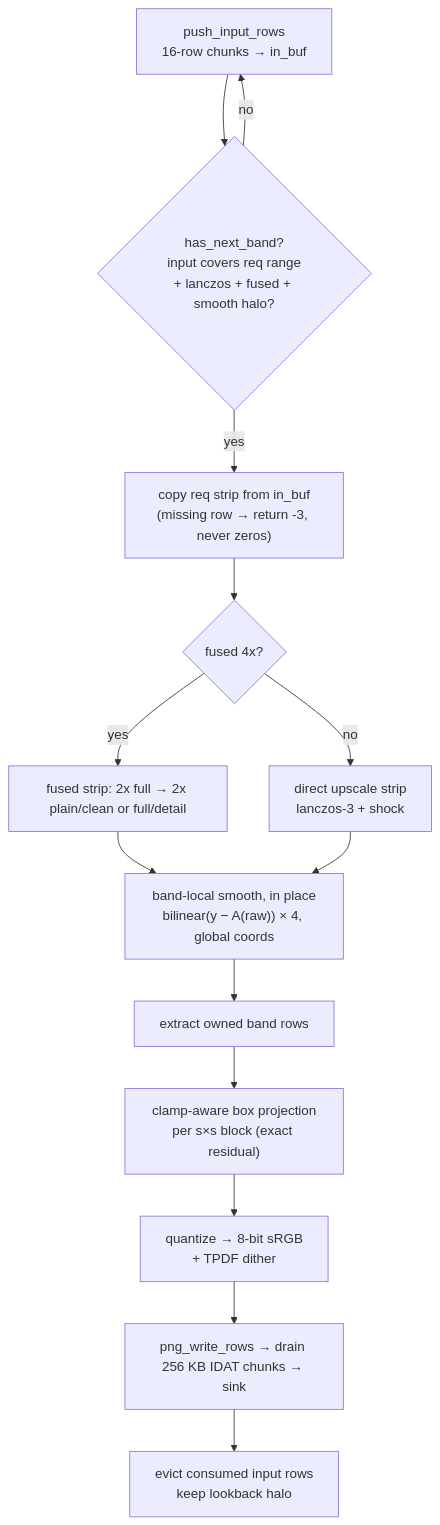
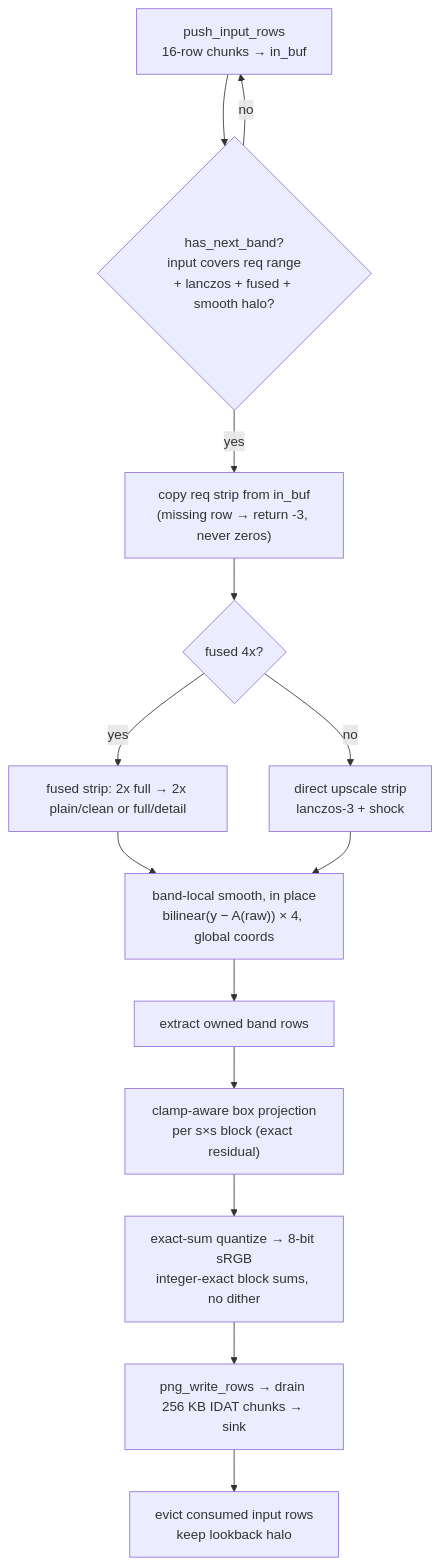
One commit to neaL367/vice changed the second of 7 diagrams in ARCHITECTURE.md. Above: the diagram before and after it, drawn with Mermaid. The commit also changed other lines of this file and 1 other file, not shown here.

Commit message:
docs: slab workers, exact-sum guarantee, planner, no WebGPU/threaded isolation

````diff
--- a/ARCHITECTURE.md
+++ b/ARCHITECTURE.md
@@ -37,15 +35,15 @@
 ```mermaid
 flowchart TD
     PUSH["push_input_rows\n16-row chunks → in_buf"] --> READY{"has_next_band?\ninput covers req range\n+ lanczos + fused + smooth halo?"}
     READY -- no --> PUSH
     READY -- yes --> COPY["copy req strip from in_buf\n(missing row → return -3, never zeros)"]
     COPY --> UP{"fused 4x?"}
     UP -- yes --> FUSED["fused strip: 2x full → 2x plain/clean or full/detail"]
     UP -- no --> DIRECT["direct upscale strip\nlanczos-3 + shock"]
     FUSED & DIRECT --> SMOOTH["band-local smooth, in place\nbilinear(y − A(raw)) × 4, global coords"]
     SMOOTH --> EXTRACT["extract owned band rows"]
     EXTRACT --> BOX["clamp-aware box projection\nper s×s block (exact residual)"]
-    BOX --> QUANT["quantize → 8-bit sRGB\n+ TPDF dither"]
+    BOX --> QUANT["exact-sum quantize → 8-bit sRGB\ninteger-exact block sums, no dither"]
     QUANT --> PNGW2["png_write_rows → drain 256 KB IDAT chunks → sink"]
     PNGW2 --> EVICT["evict consumed input rows\nkeep lookback halo"]
 ```
````
